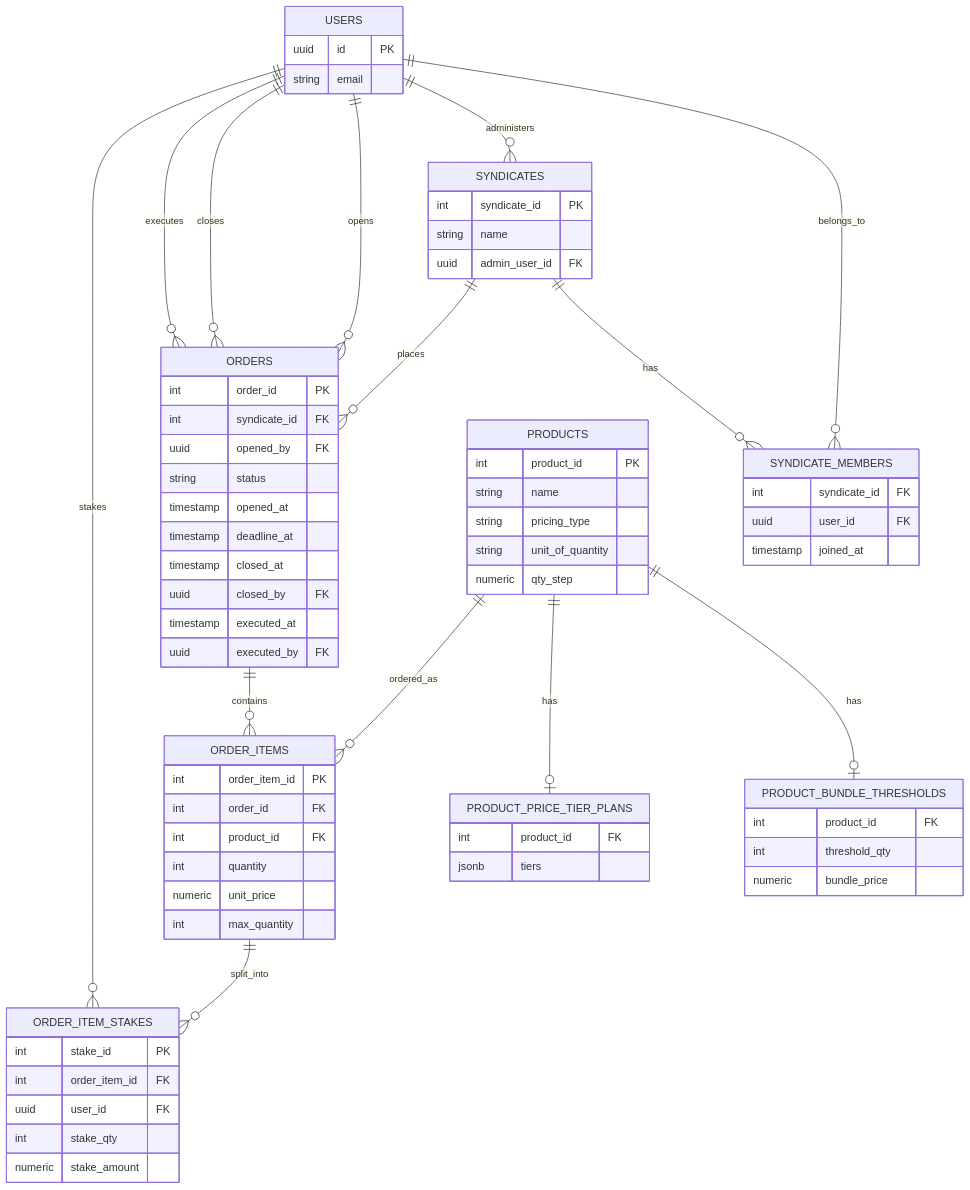
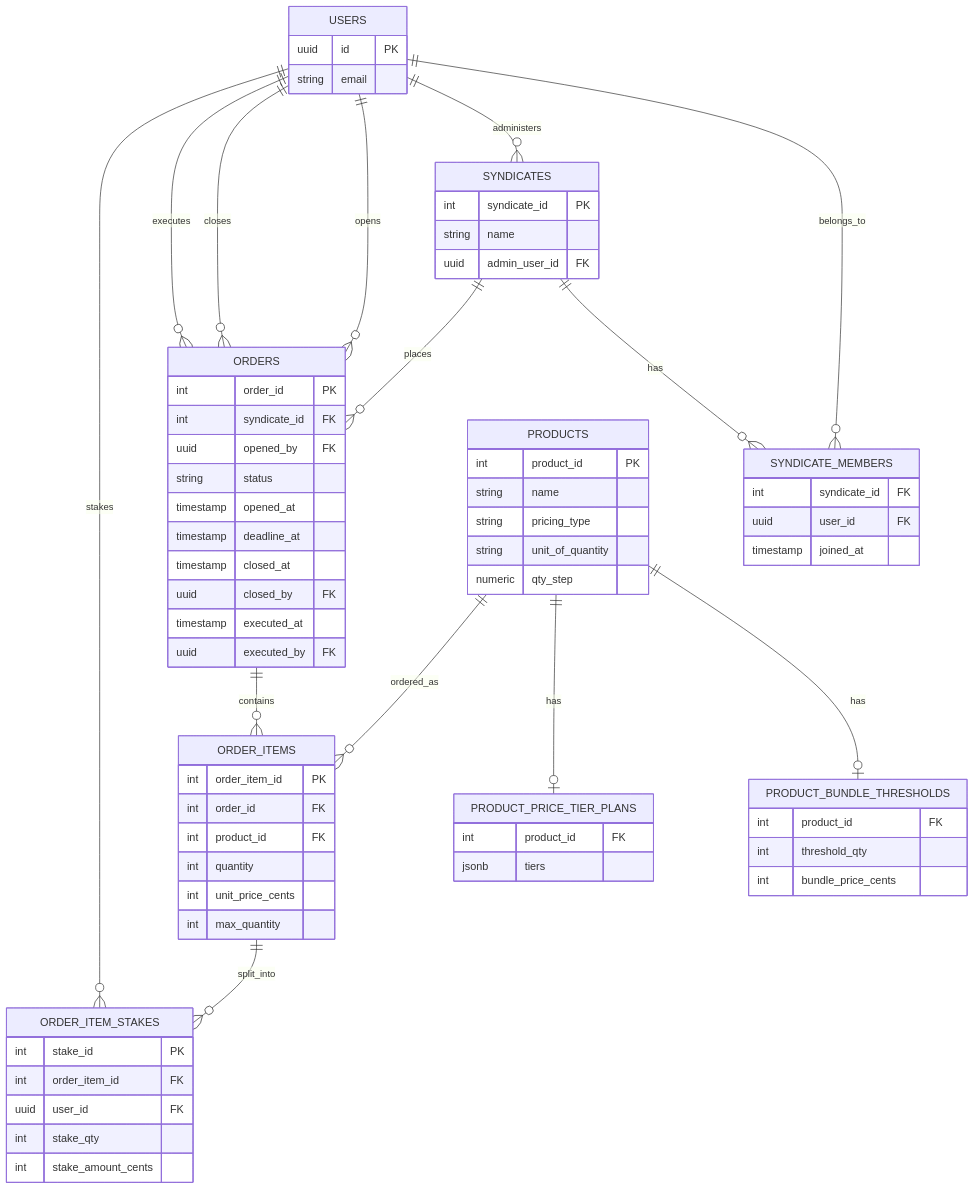
One commit to sormiston/AnteCat changed the diagram in .claude/context/backend.md. Above: the diagram before and after it, drawn with Mermaid. The commit also changed other lines of this file and 2 other files, not shown here.

Commit message:
Add unit_of_quantity and qty_step columns to products table

````diff
--- a/.claude/context/backend.md
+++ b/.claude/context/backend.md
@@ -282,75 +62,75 @@
 ```mermaid
 
 erDiagram
   USERS ||--o{ SYNDICATE_MEMBERS : belongs_to
   SYNDICATES ||--o{ SYNDICATE_MEMBERS : has
   USERS ||--o{ SYNDICATES : administers
   SYNDICATES ||--o{ ORDERS : places
   USERS ||--o{ ORDERS : opens
   USERS ||--o{ ORDERS : closes
   USERS ||--o{ ORDERS : executes
   PRODUCTS ||--o| PRODUCT_BUNDLE_THRESHOLDS : has
   PRODUCTS ||--o| PRODUCT_PRICE_TIER_PLANS : has
   ORDERS ||--o{ ORDER_ITEMS : contains
   PRODUCTS ||--o{ ORDER_ITEMS : ordered_as
   ORDER_ITEMS ||--o{ ORDER_ITEM_STAKES : split_into
   USERS ||--o{ ORDER_ITEM_STAKES : stakes
 
   USERS {
     uuid id PK
     string email
   }
   SYNDICATES {
     int syndicate_id PK
     string name
     uuid admin_user_id FK
   }
   SYNDICATE_MEMBERS {
     int syndicate_id FK
     uuid user_id FK
     timestamp joined_at
   }
   PRODUCTS {
     int product_id PK
     string name
     string pricing_type
     string unit_of_quantity
     numeric qty_step
   }
   PRODUCT_BUNDLE_THRESHOLDS {
     int product_id FK
     int threshold_qty
-    numeric bundle_price
+    int bundle_price_cents
   }
   PRODUCT_PRICE_TIER_PLANS {
     int product_id FK
     jsonb tiers
   }
   ORDERS {
     int order_id PK
     int syndicate_id FK
     uuid opened_by FK
     string status
     timestamp opened_at
     timestamp deadline_at
     timestamp closed_at
     uuid closed_by FK
     timestamp executed_at
     uuid executed_by FK
   }
   ORDER_ITEMS {
     int order_item_id PK
     int order_id FK
     int product_id FK
     int quantity
-    numeric unit_price
+    int unit_price_cents
     int max_quantity
   }
   ORDER_ITEM_STAKES {
     int stake_id PK
     int order_item_id FK
     uuid user_id FK
     int stake_qty
-    numeric stake_amount
+    int stake_amount_cents
   }
 ```
````
